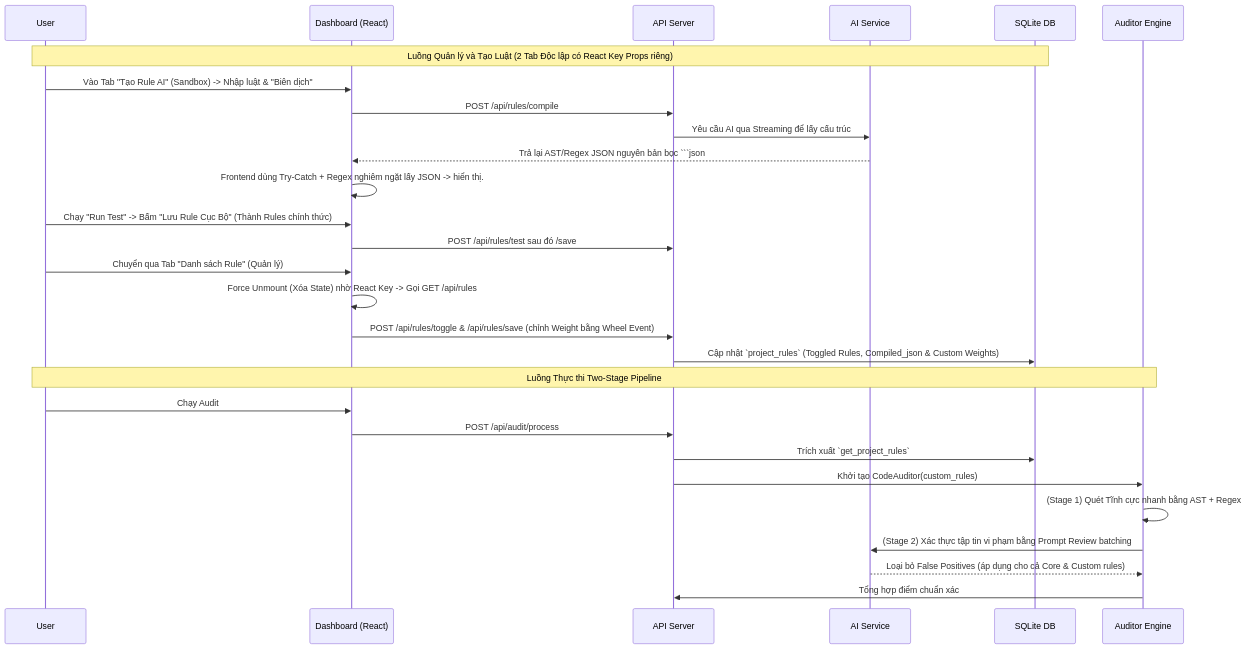
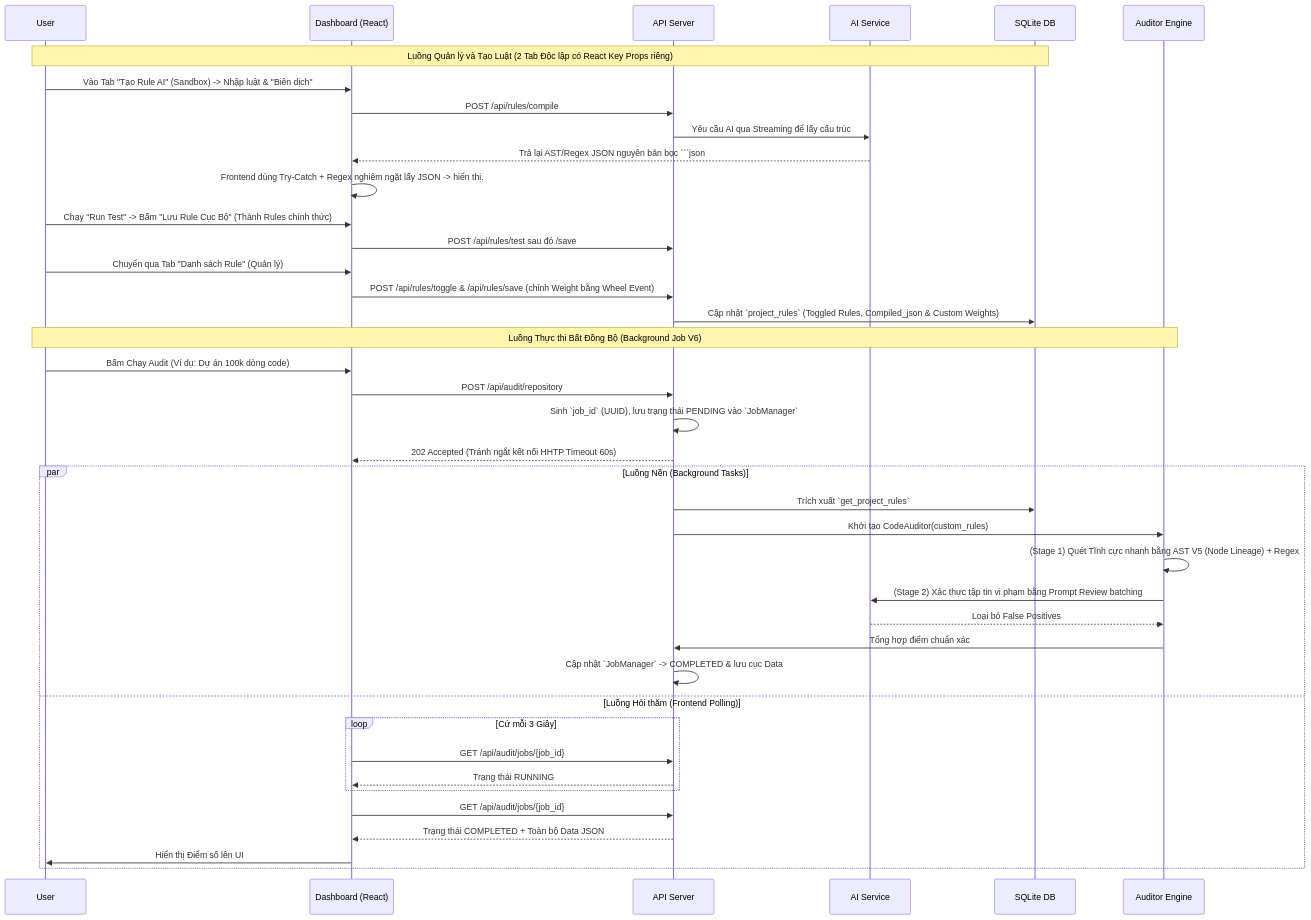
Before and after one commit to LongKunno/check_project: the diagram in docs/architecture/nlre_engine.md, drawn with Mermaid. The commit also changed other lines of this file and 20 other files, not shown here.

Commit message:
feat: Implement V6 background audit jobs and enhance verification engine with new AST-based rules for code quality.

````diff
--- a/docs/architecture/nlre_engine.md
+++ b/docs/architecture/nlre_engine.md
@@ -6,34 +6,47 @@
 ```mermaid
 sequenceDiagram
     participant User
     participant Dashboard (React)
     participant API Server
     participant AI Service
     participant SQLite DB
     participant Auditor Engine
 
     %% Flow cấu hình & test
     Note over User, SQLite DB: Luồng Quản lý và Tạo Luật (2 Tab Độc lập có React Key Props riêng)
     User->>Dashboard (React): Vào Tab "Tạo Rule AI" (Sandbox) -> Nhập luật & "Biên dịch"
     Dashboard (React)->>API Server: POST /api/rules/compile
     API Server->>AI Service: Yêu cầu AI qua Streaming để lấy cấu trúc
     AI Service-->>Dashboard (React): Trả lại AST/Regex JSON nguyên bản bọc ```json
     Dashboard (React)->>Dashboard (React): Frontend dùng Try-Catch + Regex nghiêm ngặt lấy JSON -> hiển thị.
     User->>Dashboard (React): Chạy "Run Test" -> Bấm "Lưu Rule Cục Bộ" (Thành Rules chính thức)
     Dashboard (React)->>API Server: POST /api/rules/test sau đó /save
     User->>Dashboard (React): Chuyển qua Tab "Danh sách Rule" (Quản lý)
-    Dashboard (React)->>Dashboard (React): Force Unmount (Xóa State) nhờ React Key -> Gọi GET /api/rules
     Dashboard (React)->>API Server: POST /api/rules/toggle & /api/rules/save (chỉnh Weight bằng Wheel Event)
     API Server->>SQLite DB: Cập nhật `project_rules` (Toggled Rules, Compiled_json & Custom Weights)
 
-    %% Flow kiểm toán Two-stage
-    Note over User, Auditor Engine: Luồng Thực thi Two-Stage Pipeline
-    User->>Dashboard (React): Chạy Audit
-    Dashboard (React)->>API Server: POST /api/audit/process
-    API Server->>SQLite DB: Trích xuất `get_project_rules` 
-    API Server->>Auditor Engine: Khởi tạo CodeAuditor(custom_rules)
-    Auditor Engine->>Auditor Engine: (Stage 1) Quét Tĩnh cực nhanh bằng AST + Regex
-    Auditor Engine->>AI Service: (Stage 2) Xác thực tập tin vi phạm bằng Prompt Review batching
-    AI Service-->>Auditor Engine: Loại bỏ False Positives (áp dụng cho cả Core & Custom rules)
-    Auditor Engine->>API Server: Tổng hợp điểm chuẩn xác
+    %% Flow kiểm toán Two-stage (Asynchronous V6)
+    Note over User, Auditor Engine: Luồng Thực thi Bất Đồng Bộ (Background Job V6)
+    User->>Dashboard (React): Bấm Chạy Audit (Ví dụ: Dự án 100k dòng code)
+    Dashboard (React)->>API Server: POST /api/audit/repository
+    API Server->>API Server: Sinh `job_id` (UUID), lưu trạng thái PENDING vào `JobManager`
+    API Server-->>Dashboard (React): 202 Accepted (Tránh ngắt kết nối HHTP Timeout 60s)
+    
+    par Luồng Nền (Background Tasks)
+        API Server->>SQLite DB: Trích xuất `get_project_rules` 
+        API Server->>Auditor Engine: Khởi tạo CodeAuditor(custom_rules)
+        Auditor Engine->>Auditor Engine: (Stage 1) Quét Tĩnh cực nhanh bằng AST V5 (Node Lineage) + Regex
+        Auditor Engine->>AI Service: (Stage 2) Xác thực tập tin vi phạm bằng Prompt Review batching
+        AI Service-->>Auditor Engine: Loại bỏ False Positives
+        Auditor Engine->>API Server: Tổng hợp điểm chuẩn xác
+        API Server->>API Server: Cập nhật `JobManager` -> COMPLETED & lưu cục Data
+    and Luồng Hỏi thăm (Frontend Polling)
+        loop Cứ mỗi 3 Giây
+            Dashboard (React)->>API Server: GET /api/audit/jobs/{job_id}
+            API Server-->>Dashboard (React): Trạng thái RUNNING
+        end
+        Dashboard (React)->>API Server: GET /api/audit/jobs/{job_id}
+        API Server-->>Dashboard (React): Trạng thái COMPLETED + Toàn bộ Data JSON
+        Dashboard (React)->>User: Hiển thị Điểm số lên UI
+    end
 ```
````
